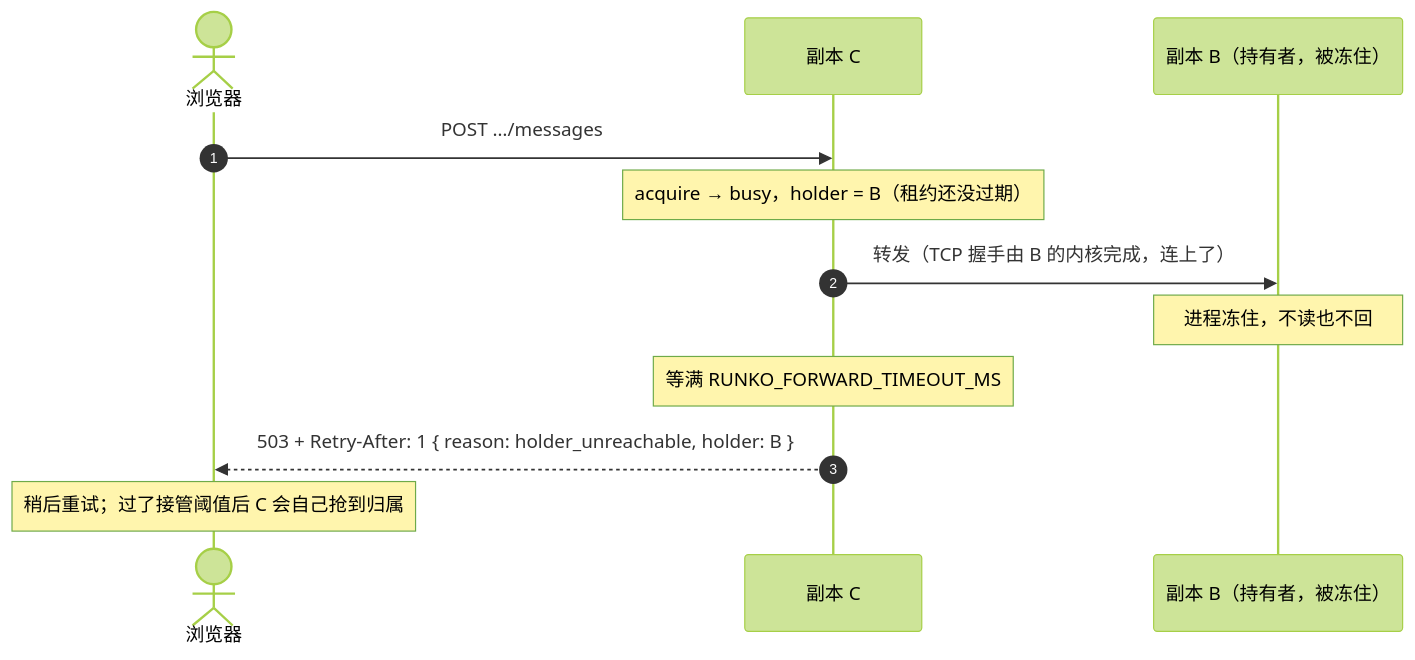
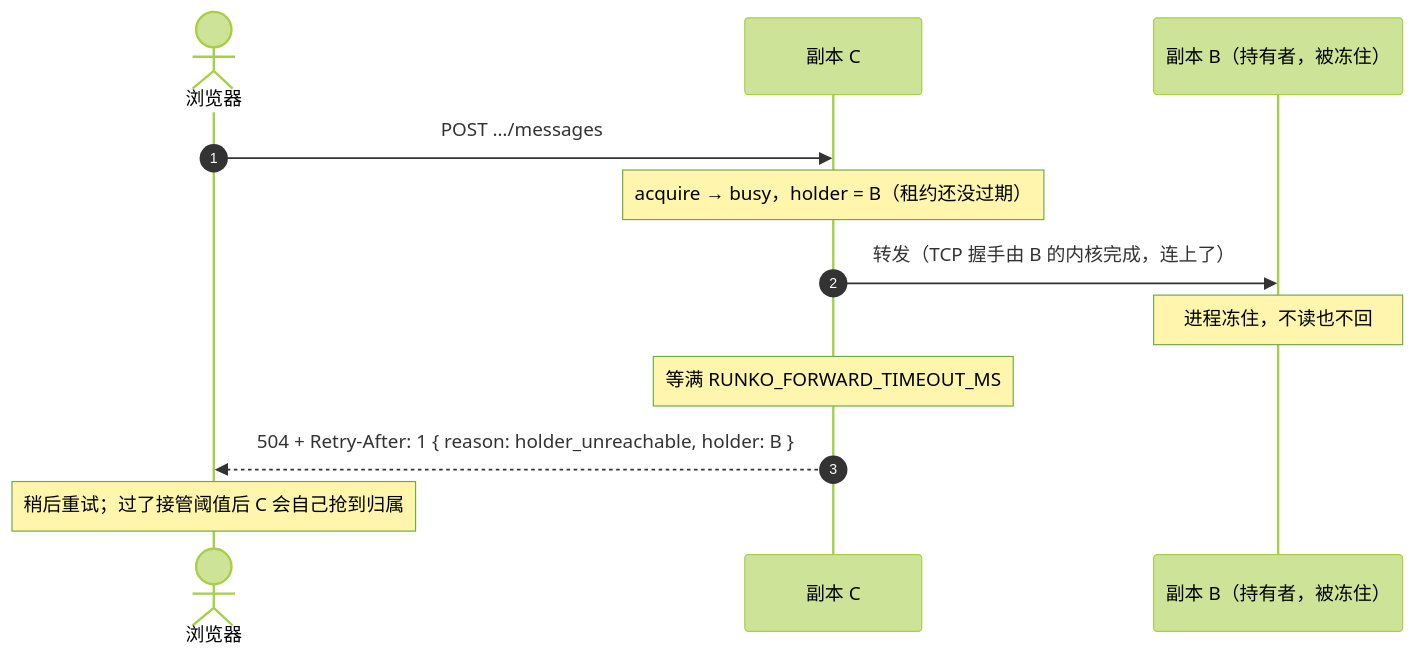
The seventh of 10 diagrams in docs/host/node/tech/multi-replica.md (ludafa/runko), drawn with Mermaid (forest theme) before and after one commit. The commit also changed other lines of this file and 7 other files, not shown here.

````diff
--- a/docs/host/node/tech/multi-replica.md
+++ b/docs/host/node/tech/multi-replica.md
@@ -589,15 +589,15 @@
 ```mermaid
 sequenceDiagram
     autonumber
     actor U as 浏览器
     participant C as 副本 C
     participant B as 副本 B（持有者，被冻住）
 
     U->>C: POST …/messages
     Note over C: acquire → busy，holder = B（租约还没过期）
     C->>B: 转发（TCP 握手由 B 的内核完成，连上了）
     Note over B: 进程冻住，不读也不回
     Note over C: 等满 RUNKO_FORWARD_TIMEOUT_MS
-    C-->>U: 503 + Retry-After: 1 { reason: holder_unreachable, holder: B }
+    C-->>U: 504 + Retry-After: 1 { reason: holder_unreachable, holder: B }
     Note over U: 稍后重试；过了接管阈值后 C 会自己抢到归属
 ```
````
